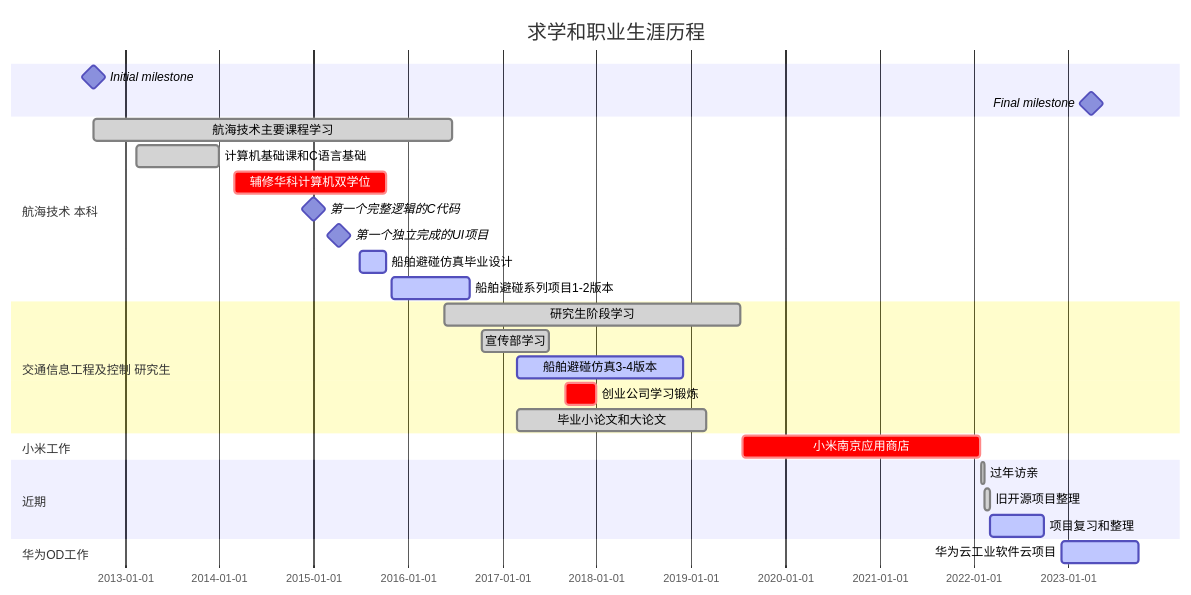
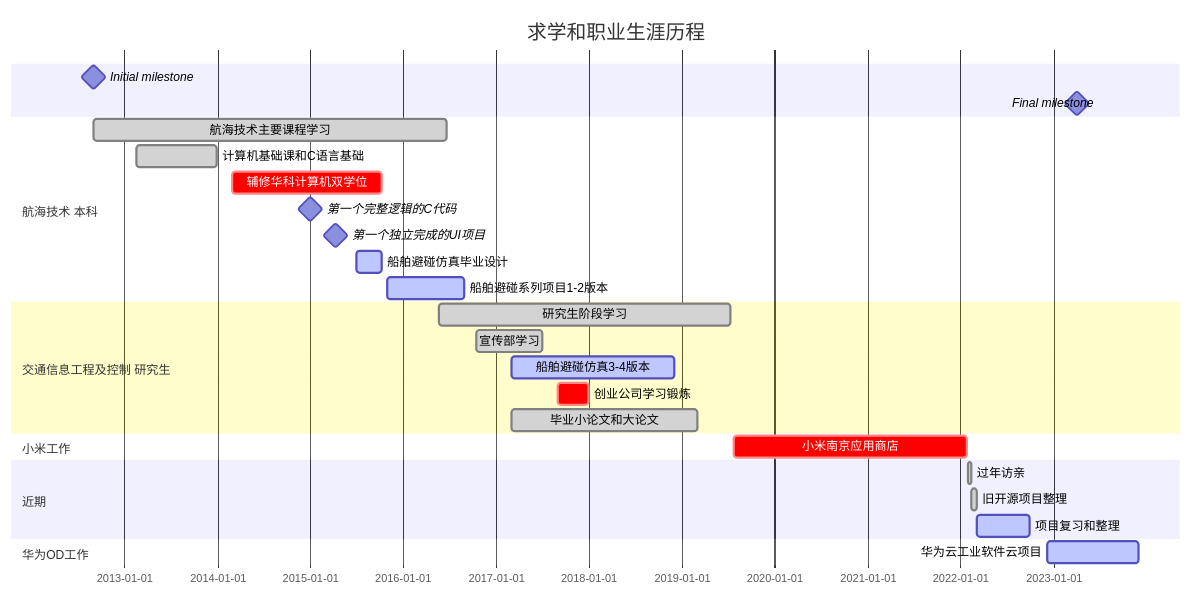
One commit to NAVERON/naveron.github.io changed the diagram in docs/summary.md. Above: the diagram before and after it, drawn with Mermaid. The commit also changed other lines of this file and 62 other files, not shown here.

````diff
--- a/docs/summary.md
+++ b/docs/summary.md
@@ -23,37 +27,37 @@
 ```mermaid
 gantt
     dateFormat    YYYY-MM-DD
     axisFormat    %Y-%m-%d
     title    求学和职业生涯历程
     %% 里程碑 name : type, 
     Initial milestone : milestone, initial, 2012-09-01, 1min
     Final milestone : milestone, final, 2023-04-01, 1min
 
     section 航海技术 本科
     %% task显示名称 :当前状态 任务名称/taskId 开始时间/任务位置 结束时间/任务位置 
     航海技术主要课程学习 :done, major, 2012-09-01, 2016-06-20 
     计算机基础课和C语言基础 :done, basic, 2013-02-15, 2013-12-30 
     辅修华科计算机双学位 :crit, minor, 2014-03-01, 2015-10-10 
     第一个完整逻辑的C代码 :milestone, firstCmd, 2014-12-30, 1min 
     第一个独立完成的UI项目 :milestone, firstProject, 2015-04-10, 1min 
     船舶避碰仿真毕业设计 :active, codeBegin, 2015-07-01, 2015-10-10 
     船舶避碰系列项目1-2版本 :active, 2015-11-01, 2016-08-30 
     
     section 交通信息工程及控制 研究生
     研究生阶段学习 :done, searchBegin, 2016-05-20, 2019-07-10 
     宣传部学习 :done, psLearning, 2016-10-15, 2017-07-01 
     船舶避碰仿真3-4版本 :active, simulationUpdate, 2017-03-01, 2018-12-01 
     创业公司学习锻炼 :crit, exercitation, 2017-09-01, 2017-12-30 
     毕业小论文和大论文 :done, granduated, 2017-03-01, 2019-03-01 
 
     section 小米工作
     小米南京应用商店 :crit, firstWork, 2019-07-22, 2022-01-27 
 
     section 近期
     过年访亲 :done, home, 2022-01-29, 2022-02-10 
     旧开源项目整理 :done, openSource, 2022-02-10, 2022-03-06 
     项目复习和整理 :active, forJob, 2022-03-07, 2022-10-01 
     
     section 华为OD工作
-    华为云工业软件云项目 :active, forDev, 2022-12-08, 2023-10-01
+    华为云工业软件云项目 :active, forDev, 2022-12-08, 2023-12-01
 ```
````
